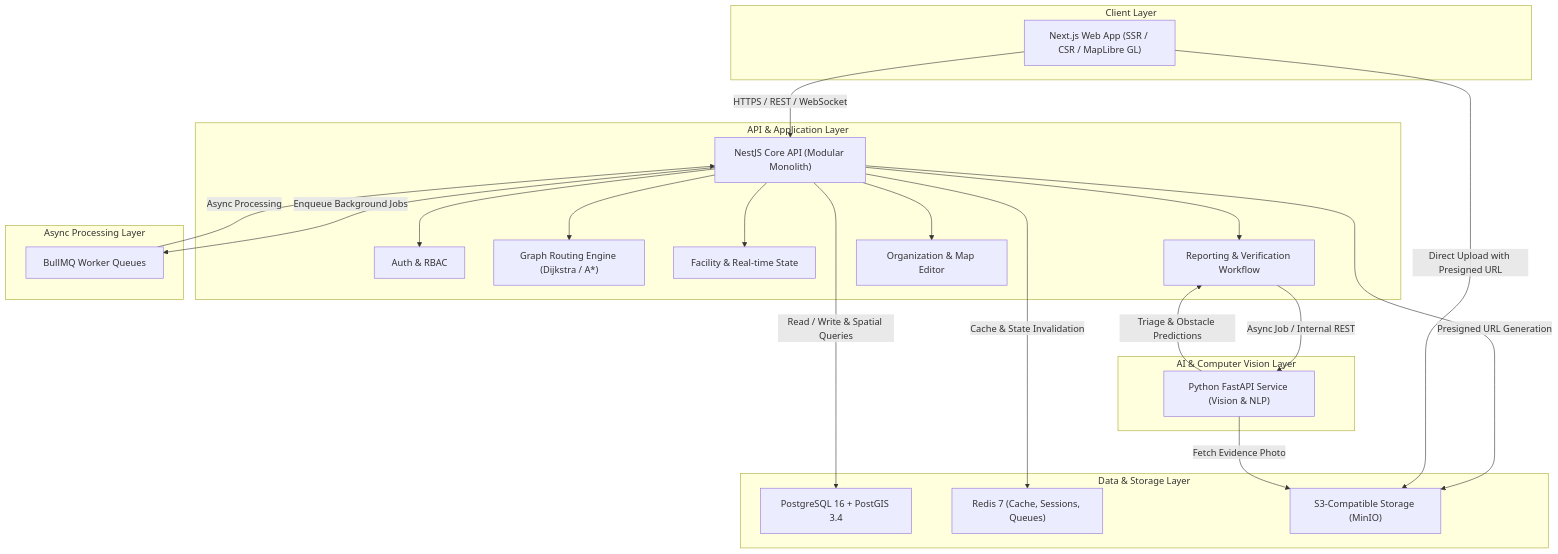
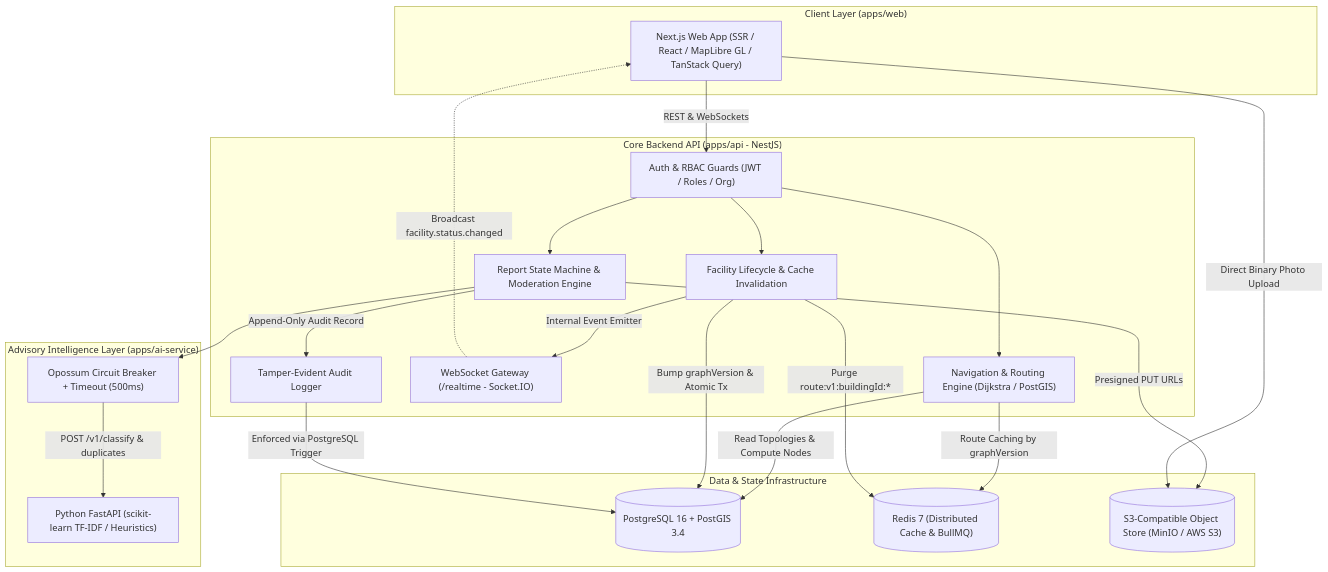
One commit to ayushshukla2005/pathpulse changed the diagram in docs/architecture.md. Above: the diagram before and after it, drawn with Mermaid. The commit also changed other lines of this file and 46 other files, not shown here.

````diff
--- a/docs/architecture.md
+++ b/docs/architecture.md
@@ -7,48 +7,46 @@
 ```mermaid
 flowchart TD
-    subgraph ClientLayer["Client Layer"]
-        Web["Next.js Web App (SSR / CSR / MapLibre GL)"]
+    subgraph ClientLayer["Client Layer (apps/web)"]
+        WebClient["Next.js Web App (SSR / React / MapLibre GL / TanStack Query)"]
     end
 
-    subgraph ApiGateway["API & Application Layer"]
-        NestApi["NestJS Core API (Modular Monolith)"]
-        AuthModule["Auth & RBAC"]
-        NavigationEngine["Graph Routing Engine (Dijkstra / A*)"]
-        FacilityModule["Facility & Real-time State"]
-        ReportingModule["Reporting & Verification Workflow"]
-        OrgModule["Organization & Map Editor"]
+    subgraph CoreBackend["Core Backend API (apps/api - NestJS)"]
+        HttpGuard["Auth & RBAC Guards (JWT / Roles / Org)"]
+        NavModule["Navigation & Routing Engine (Dijkstra / PostGIS)"]
+        FacilityModule["Facility Lifecycle & Cache Invalidation"]
+        ReportWorkflow["Report State Machine & Moderation Engine"]
+        RealtimeGW["WebSocket Gateway (/realtime - Socket.IO)"]
+        AuditService["Tamper-Evident Audit Logger"]
     end
 
-    subgraph AsyncProcessing["Async Processing Layer"]
-        Queue["BullMQ Worker Queues"]
+    subgraph AdvisoryAI["Advisory Intelligence Layer (apps/ai-service)"]
+        FastApiSvc["Python FastAPI (scikit-learn TF-IDF / Heuristics)"]
+        CircuitBreaker["Opossum Circuit Breaker + Timeout (500ms)"]
     end
 
-    subgraph AIService["AI & Computer Vision Layer"]
-        FastAPI["Python FastAPI Service (Vision & NLP)"]
+    subgraph StorageInfra["Data & State Infrastructure"]
+        PostgresDB[("PostgreSQL 16 + PostGIS 3.4")]
+        RedisCache[("Redis 7 (Distributed Cache & BullMQ)")]
+        ObjectStorage[("S3-Compatible Object Store (MinIO / AWS S3)")]
     end
 
-    subgraph DataStorage["Data & Storage Layer"]
-        Postgres["PostgreSQL 16 + PostGIS 3.4"]
-        Redis["Redis 7 (Cache, Sessions, Queues)"]
-        ObjectStorage["S3-Compatible Storage (MinIO)"]
-    end
+    WebClient -->|REST & WebSockets| HttpGuard
+    HttpGuard --> NavModule
+    HttpGuard --> FacilityModule
+    HttpGuard --> ReportWorkflow
 
-    Web -->|HTTPS / REST / WebSocket| NestApi
-    NestApi --> AuthModule
-    NestApi --> NavigationEngine
-    NestApi --> FacilityModule
-    NestApi --> ReportingModule
-    NestApi --> OrgModule
+    NavModule -->|Read Topologies & Compute Nodes| PostgresDB
+    NavModule -->|Route Caching by graphVersion| RedisCache
 
-    NestApi -->|Read / Write & Spatial Queries| Postgres
-    NestApi -->|Cache & State Invalidation| Redis
-    NestApi -->|Enqueue Background Jobs| Queue
-    Queue -->|Async Processing| NestApi
+    FacilityModule -->|Bump graphVersion & Atomic Tx| PostgresDB
+    FacilityModule -->|Purge route:v1:buildingId:*| RedisCache
+    FacilityModule -->|Internal Event Emitter| RealtimeGW
+    RealtimeGW -.->|Broadcast facility.status.changed| WebClient
 
-    NestApi -->|Presigned URL Generation| ObjectStorage
-    Web -->|Direct Upload with Presigned URL| ObjectStorage
-
-    ReportingModule -->|Async Job / Internal REST| FastAPI
-    FastAPI -->|Fetch Evidence Photo| ObjectStorage
-    FastAPI -->|Triage & Obstacle Predictions| ReportingModule
+    ReportWorkflow -->|Presigned PUT URLs| ObjectStorage
+    WebClient -->|Direct Binary Photo Upload| ObjectStorage
+    ReportWorkflow --> CircuitBreaker
+    CircuitBreaker -->|POST /v1/classify & duplicates| FastApiSvc
+    ReportWorkflow -->|Append-Only Audit Record| AuditService
+    AuditService -->|Enforced via PostgreSQL Trigger| PostgresDB
 ```
````
